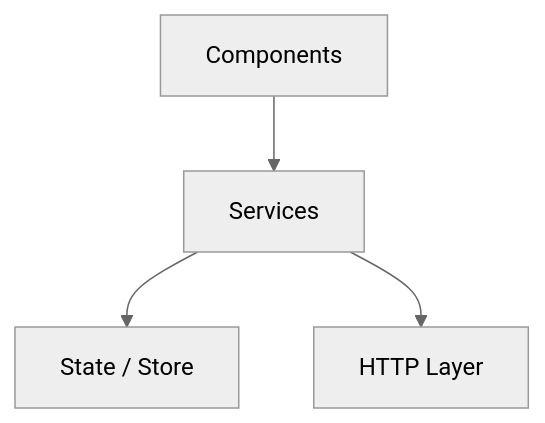
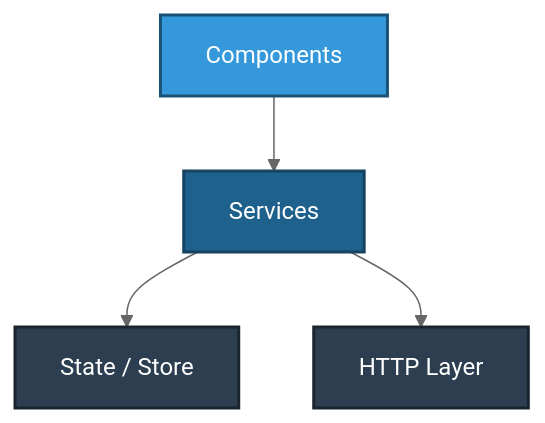
One commit to vickysrawat/AI-Assisted-development changed the second of 2 diagrams in skills/architect/templates/angular-standard/architecture.md. Above: the diagram before and after it, drawn with Mermaid (neutral theme). The commit also changed other lines of this file and 114 other files, not shown here.

````diff
--- a/skills/architect/templates/angular-standard/architecture.md
+++ b/skills/architect/templates/angular-standard/architecture.md
@@ -36,6 +47,10 @@
 ```mermaid
 flowchart TB
     Components --> Services
     Services --> State[State / Store]
     Services --> Http[HTTP Layer]
+    style Components fill:#3498DB,color:#ffffff,stroke:#1a5276,stroke-width:2px
+    style Services fill:#1F618D,color:#ffffff,stroke:#154360,stroke-width:2px
+    style State fill:#2C3E50,color:#ffffff,stroke:#1a252f,stroke-width:2px
+    style Http fill:#2C3E50,color:#ffffff,stroke:#1a252f,stroke-width:2px
 ```
````
